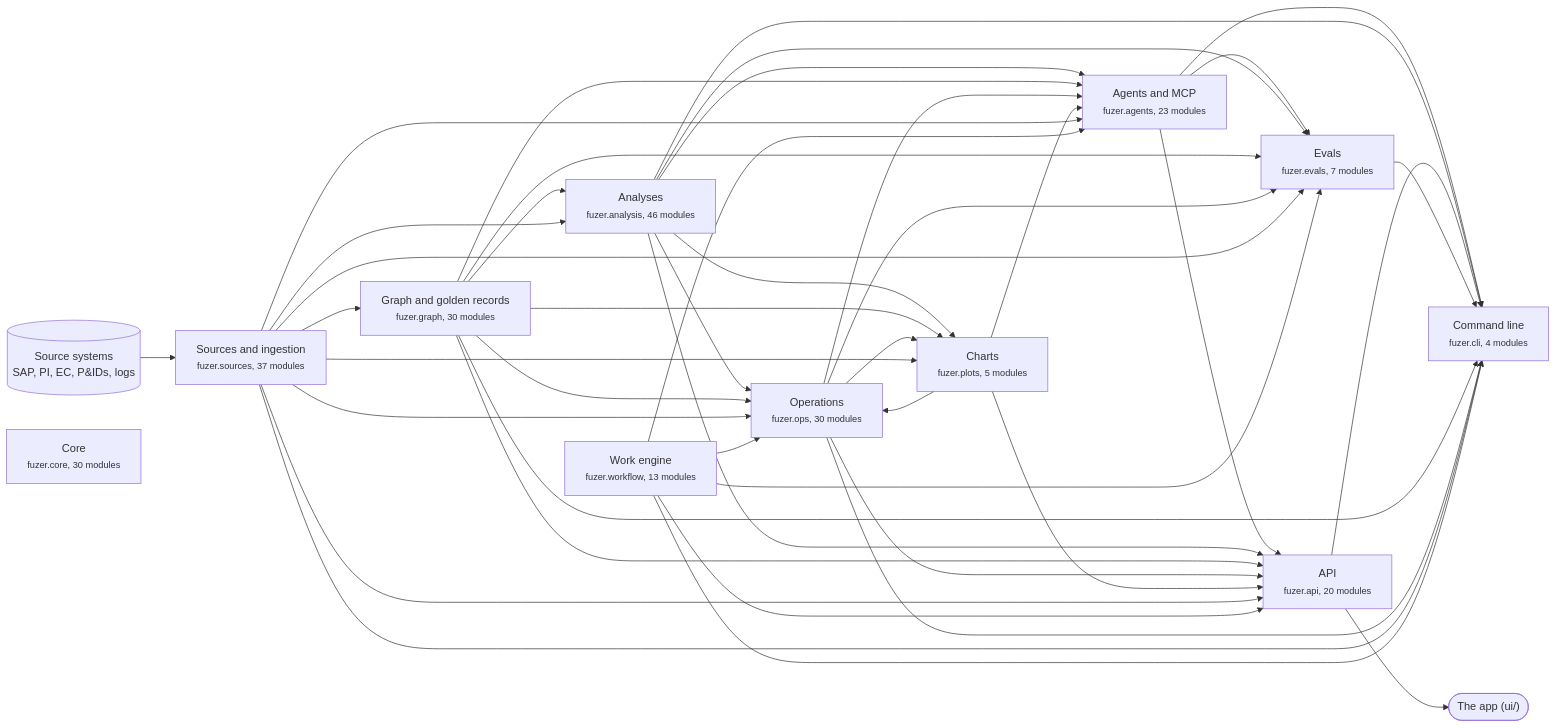
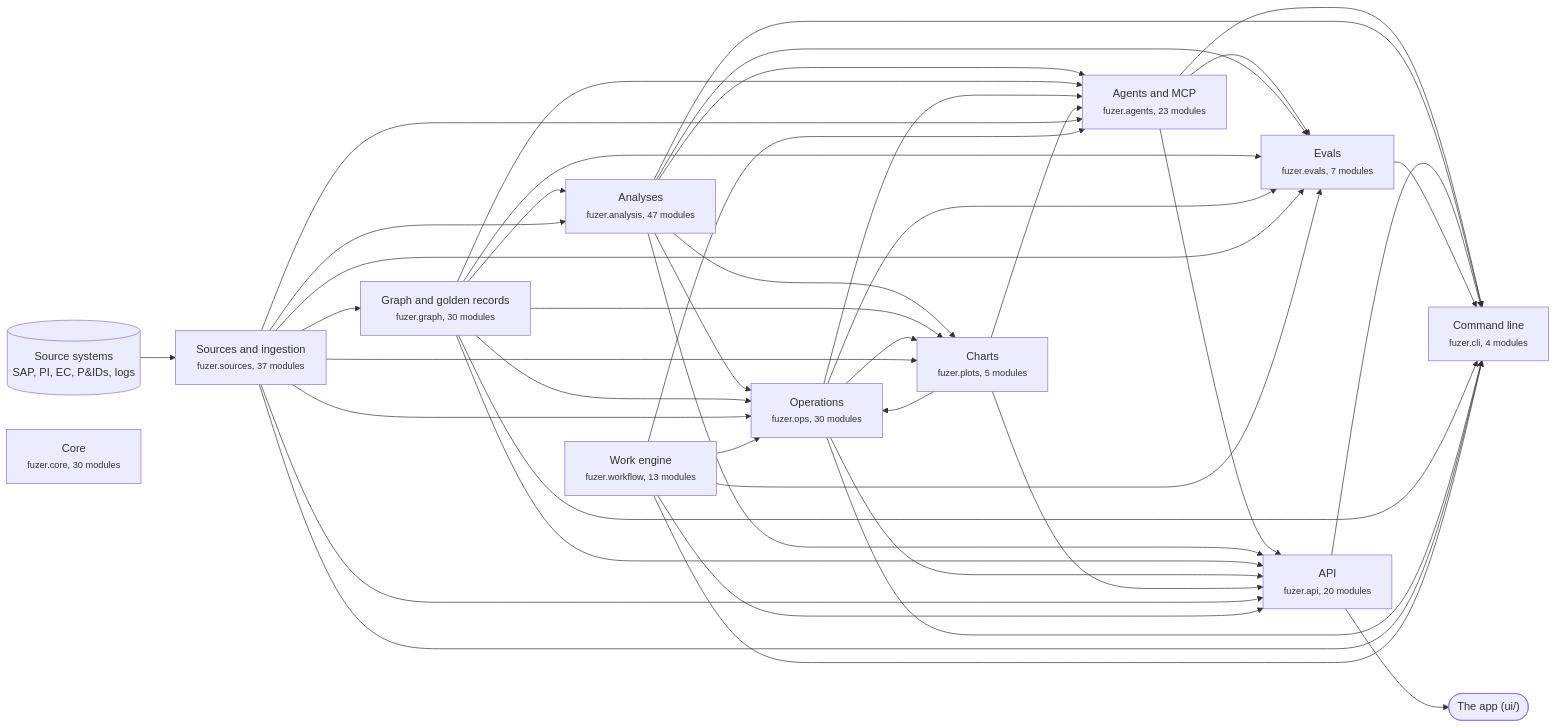
The first of 3 diagrams in docs/architecture.md (areed145/fuzer), drawn with Mermaid before and after one commit. The commit also changed other lines of this file and 14 other files, not shown here.

````diff
--- a/docs/architecture.md
+++ b/docs/architecture.md
@@ -8,67 +8,67 @@
 ```mermaid
 flowchart LR
   systems[("Source systems<br>SAP, PI, EC, P&IDs, logs")] --> c_sources
   app(["The app (ui/)"])
   c_api --> app
   c_sources["Sources and ingestion<br><small>fuzer.sources, 37 modules</small>"]
   c_graph["Graph and golden records<br><small>fuzer.graph, 30 modules</small>"]
-  c_analysis["Analyses<br><small>fuzer.analysis, 46 modules</small>"]
+  c_analysis["Analyses<br><small>fuzer.analysis, 47 modules</small>"]
   c_ops["Operations<br><small>fuzer.ops, 30 modules</small>"]
   c_plots["Charts<br><small>fuzer.plots, 5 modules</small>"]
   c_workflow["Work engine<br><small>fuzer.workflow, 13 modules</small>"]
   c_agents["Agents and MCP<br><small>fuzer.agents, 23 modules</small>"]
   c_evals["Evals<br><small>fuzer.evals, 7 modules</small>"]
   c_api["API<br><small>fuzer.api, 20 modules</small>"]
   c_cli["Command line<br><small>fuzer.cli, 4 modules</small>"]
   c_core["Core<br><small>fuzer.core, 30 modules</small>"]
   c_sources --> c_graph
   c_graph --> c_analysis
   c_sources --> c_analysis
   c_analysis --> c_ops
   c_graph --> c_ops
   c_plots --> c_ops
   c_sources --> c_ops
   c_workflow --> c_ops
   c_analysis --> c_plots
   c_graph --> c_plots
   c_ops --> c_plots
   c_sources --> c_plots
   c_analysis --> c_agents
   c_graph --> c_agents
   c_ops --> c_agents
   c_plots --> c_agents
   c_sources --> c_agents
   c_workflow --> c_agents
   c_agents --> c_evals
   c_analysis --> c_evals
   c_graph --> c_evals
   c_ops --> c_evals
   c_sources --> c_evals
   c_workflow --> c_evals
   c_agents --> c_api
   c_analysis --> c_api
   c_graph --> c_api
   c_ops --> c_api
   c_plots --> c_api
   c_sources --> c_api
   c_workflow --> c_api
   c_agents --> c_cli
   c_analysis --> c_cli
   c_api --> c_cli
   c_evals --> c_cli
   c_graph --> c_cli
   c_ops --> c_cli
   c_sources --> c_cli
   c_workflow --> c_cli
   click c_sources "https://github.com/areed145/fuzer/tree/main/src/fuzer/sources"
   click c_graph "https://github.com/areed145/fuzer/tree/main/src/fuzer/graph"
   click c_analysis "https://github.com/areed145/fuzer/tree/main/src/fuzer/analysis"
   click c_ops "https://github.com/areed145/fuzer/tree/main/src/fuzer/ops"
   click c_plots "https://github.com/areed145/fuzer/tree/main/src/fuzer/plots"
   click c_workflow "https://github.com/areed145/fuzer/tree/main/src/fuzer/workflow"
   click c_agents "https://github.com/areed145/fuzer/tree/main/src/fuzer/agents"
   click c_evals "https://github.com/areed145/fuzer/tree/main/src/fuzer/evals"
   click c_api "https://github.com/areed145/fuzer/tree/main/src/fuzer/api"
   click c_cli "https://github.com/areed145/fuzer/tree/main/src/fuzer/cli"
   click c_core "https://github.com/areed145/fuzer/tree/main/src/fuzer/core"
 ```
````
